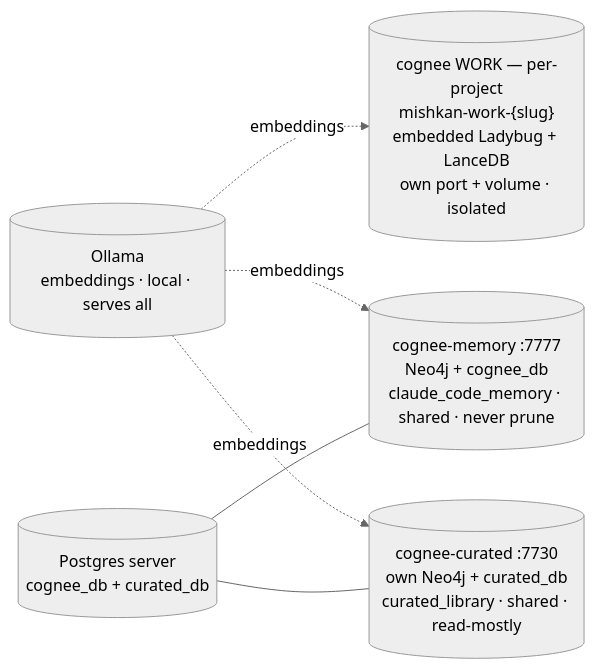
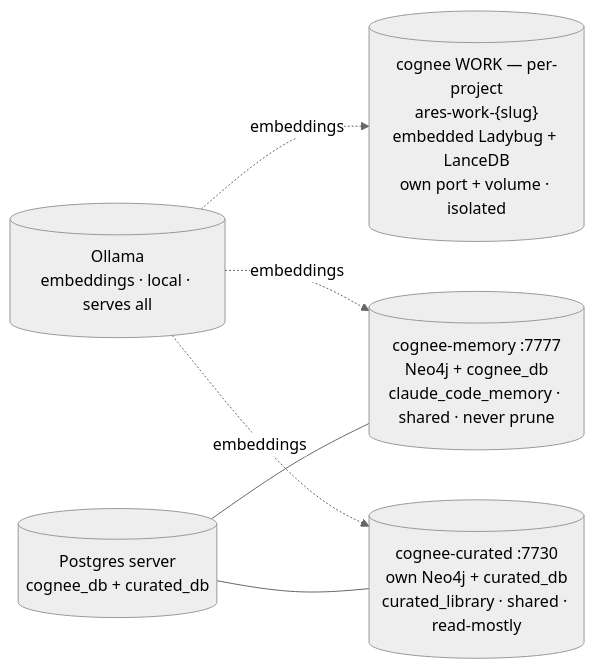
The first of 2 diagrams in docs/usage/04-memory-layer.md (mibienpanjoe/ares), drawn with Mermaid (neutral theme) before and after one commit. The commit also changed other lines of this file and 106 other files, not shown here.

````diff
--- a/docs/usage/04-memory-layer.md
+++ b/docs/usage/04-memory-layer.md
@@ -14,13 +14,13 @@
 ```mermaid
 flowchart LR
     OLL[("Ollama<br/>embeddings · local · serves all")]
     PG[("Postgres server<br/>cognee_db + curated_db")]
-    WORK[("cognee WORK — per-project<br/>mishkan-work-{slug}<br/>embedded Ladybug + LanceDB<br/>own port + volume · isolated")]
+    WORK[("cognee WORK — per-project<br/>ares-work-{slug}<br/>embedded Ladybug + LanceDB<br/>own port + volume · isolated")]
     MEM[("cognee-memory :7777<br/>Neo4j + cognee_db<br/>claude_code_memory · shared · never prune")]
     CUR[("cognee-curated :7730<br/>own Neo4j + curated_db<br/>curated_library · shared · read-mostly")]
     OLL -. embeddings .-> WORK
     OLL -. embeddings .-> MEM
     OLL -. embeddings .-> CUR
     PG --- MEM
     PG --- CUR
 ```
````
